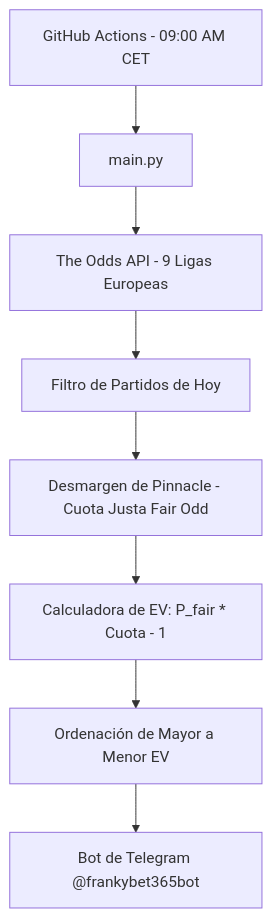
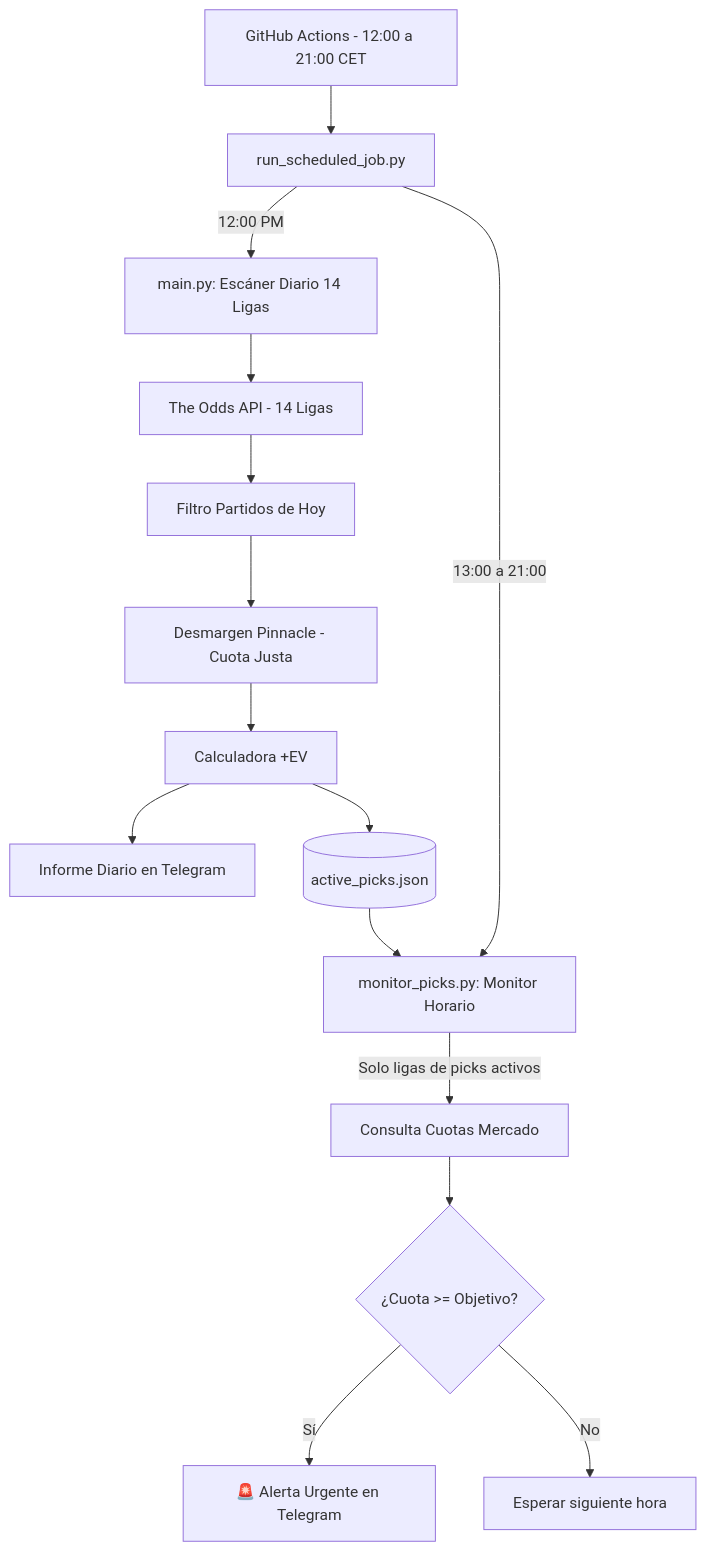
One commit to franfernandez00/frankybet365 changed the diagram in README.md. Above: the diagram before and after it, drawn with Mermaid. The commit also changed other lines of this file and 11 other files, not shown here.

Commit message:
feat: Notificar siempre en Telegram si no hay valor positivo o no hay partidos hoy

````diff
--- a/README.md
+++ b/README.md
@@ -11,10 +13,18 @@
 ```mermaid
 flowchart TD
-    Cron[GitHub Actions - 09:00 AM CET] --> Main[main.py]
-    Main --> Odds[The Odds API - 9 Ligas Europeas]
-    Odds --> Filter[Filtro de Partidos de Hoy]
-    Filter --> Devig[Desmargen de Pinnacle - Cuota Justa Fair Odd]
-    Devig --> EV[Calculadora de EV: P_fair * Cuota - 1]
-    EV --> Rank[Ordenación de Mayor a Menor EV]
-    Rank --> Telegram[Bot de Telegram @frankybet365bot]
+    Cron[GitHub Actions - 12:00 a 21:00 CET] --> Scheduler[run_scheduled_job.py]
+    Scheduler -->|12:00 PM| Main[main.py: Escáner Diario 14 Ligas]
+    Main --> Odds[The Odds API - 14 Ligas]
+    Odds --> Filter[Filtro Partidos de Hoy]
+    Filter --> Devig[Desmargen Pinnacle - Cuota Justa]
+    Devig --> EV[Calculadora +EV]
+    EV --> Telegram[Informe Diario en Telegram]
+    EV --> State[(active_picks.json)]
+
+    Scheduler -->|13:00 a 21:00| Monitor[monitor_picks.py: Monitor Horario]
+    State --> Monitor
+    Monitor -->|Solo ligas de picks activos| CheckOdds[Consulta Cuotas Mercado]
+    CheckOdds --> Threshold{¿Cuota >= Objetivo?}
+    Threshold -->|Sí| Alert[🚨 Alerta Urgente en Telegram]
+    Threshold -->|No| Wait[Esperar siguiente hora]
 ```
````
